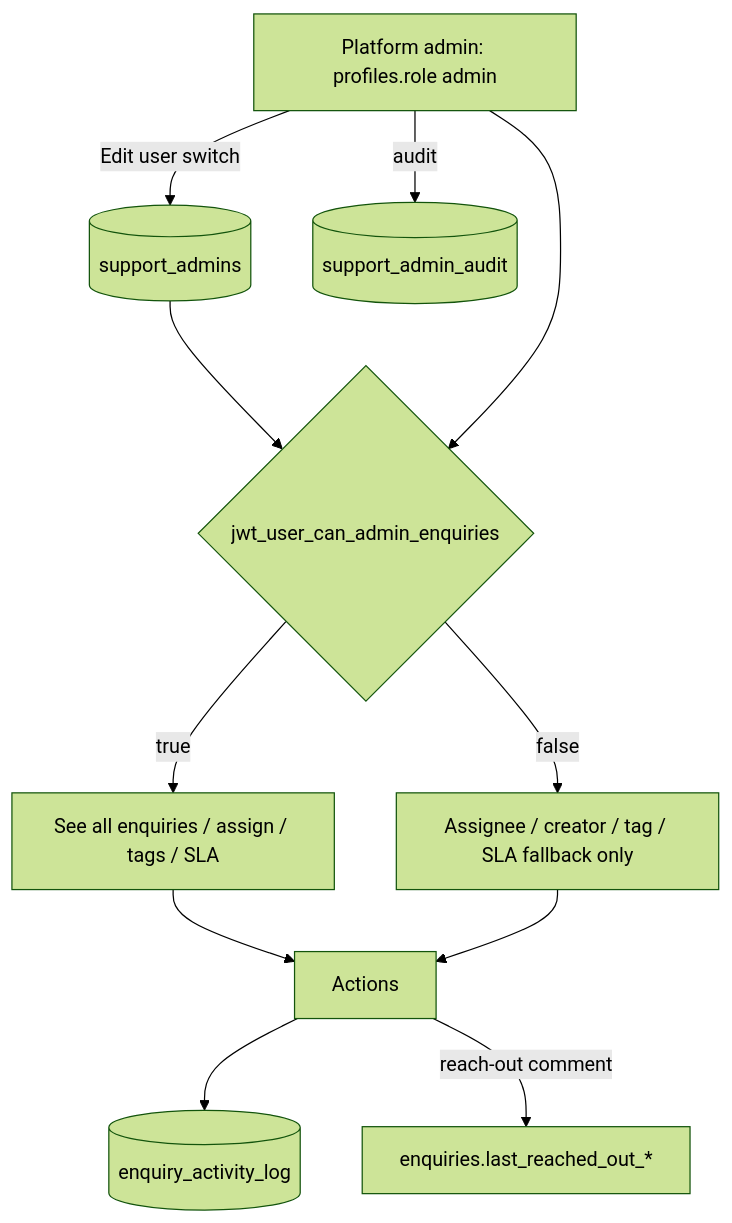
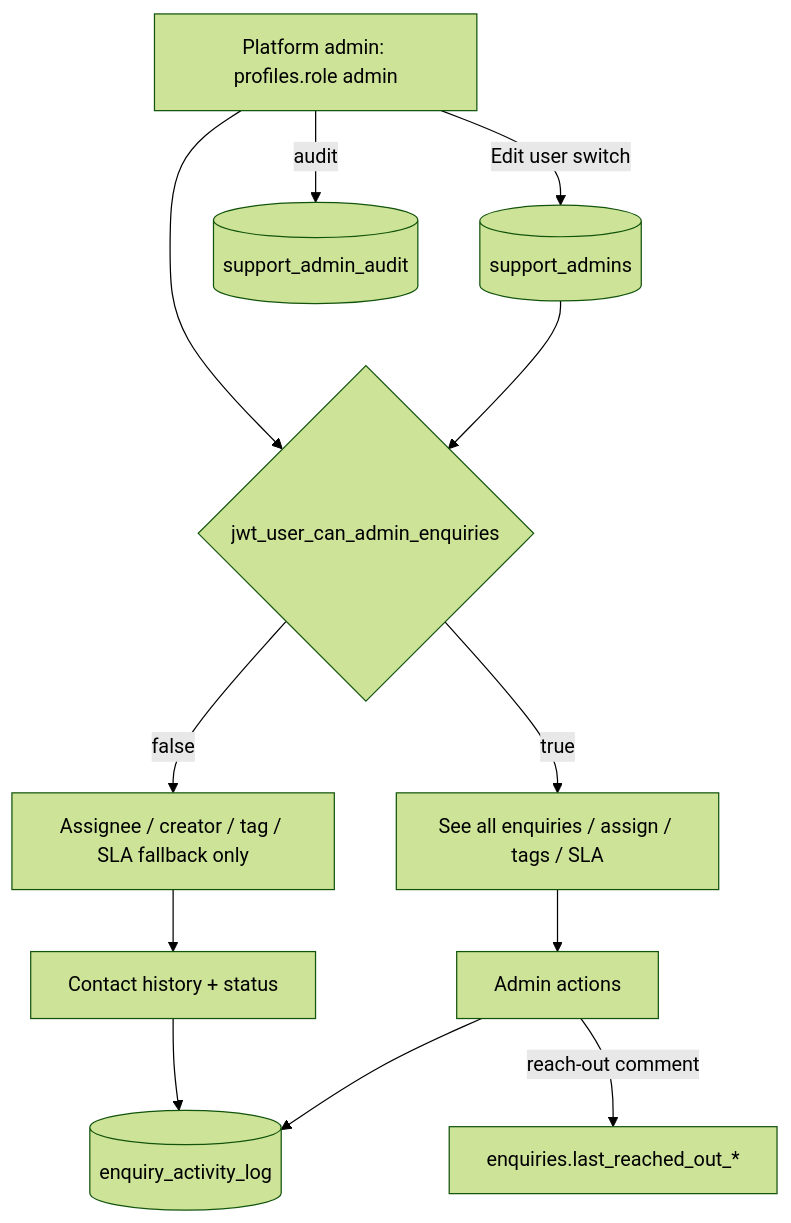
Before and after one commit to Mayur8291/Printing-Tracker: the third of 48 diagrams in docs/FLOWCHARTS.md, drawn with Mermaid (forest theme). The commit also changed other lines of this file and 8 other files, not shown here.

First line of the commit message:
feat(support): slim assigned enquiry view to history and status

````diff
--- a/docs/FLOWCHARTS.md
+++ b/docs/FLOWCHARTS.md
@@ -16,13 +31,14 @@
 ```mermaid
 flowchart TD
   PA[Platform admin: profiles.role admin] -->|Edit user switch| SA[(support_admins)]
   PA -->|audit| Audit[(support_admin_audit)]
   SA --> Fn{jwt_user_can_admin_enquiries}
   PA --> Fn
   Fn -->|true| All[See all enquiries / assign / tags / SLA]
   Fn -->|false| Scoped[Assignee / creator / tag / SLA fallback only]
-  All --> Act[Actions]
-  Scoped --> Act
+  All --> Act[Admin actions]
+  Scoped --> Staff[Contact history + status]
   Act --> Log[(enquiry_activity_log)]
+  Staff --> Log
   Act -->|reach-out comment| Row[enquiries.last_reached_out_*]
 ```
````
